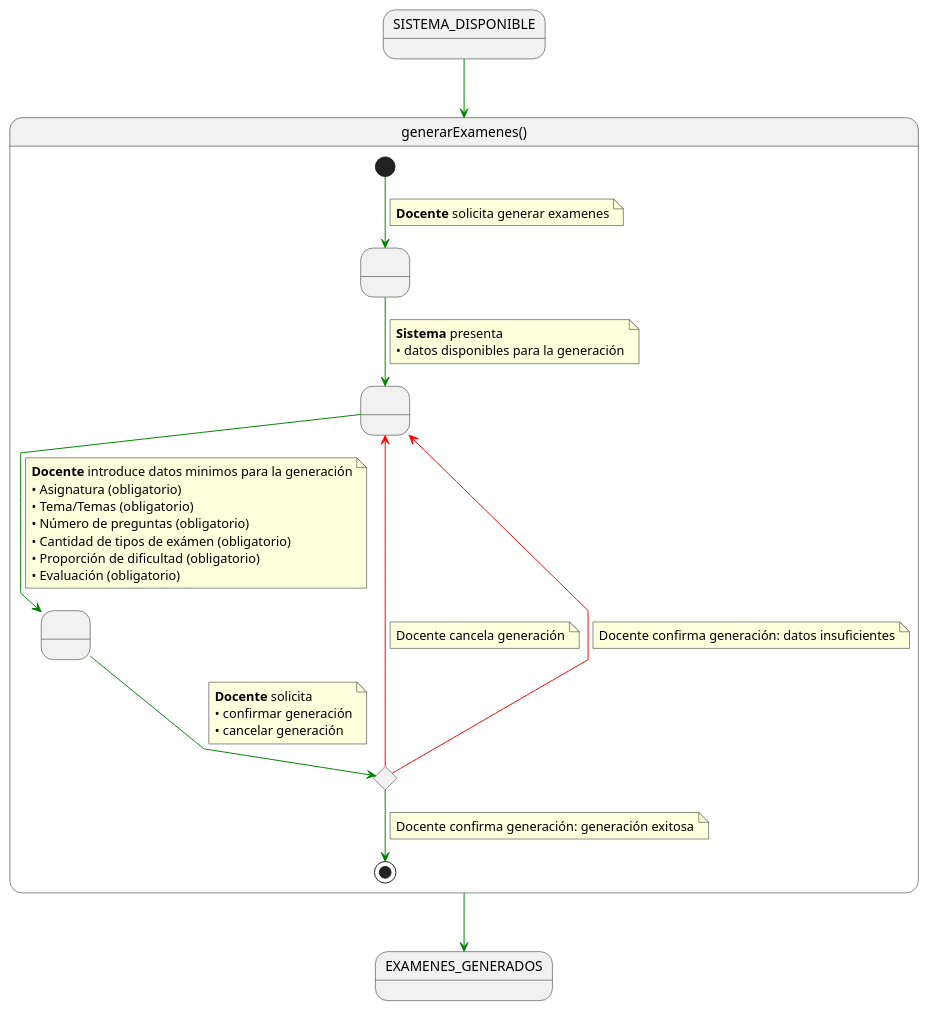
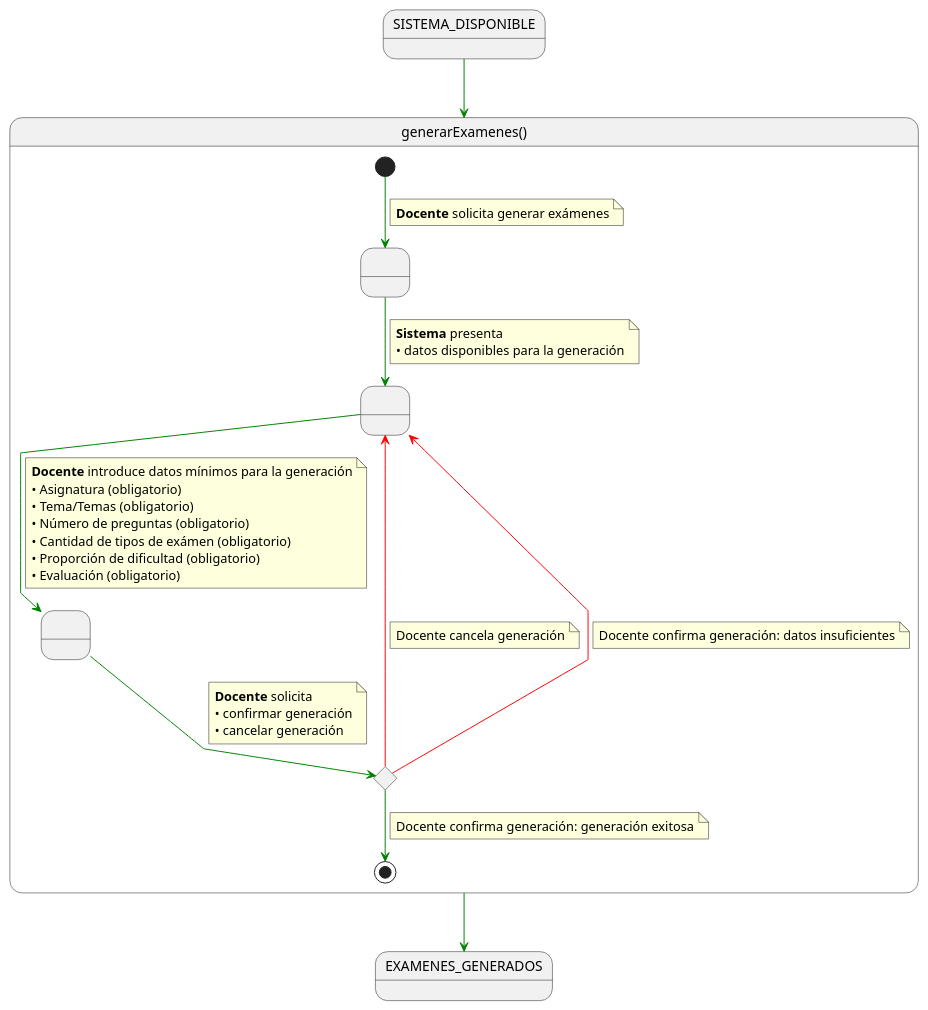
One commit to martinlopez7/25-26-IdSw1-SdR changed the diagram in documents/casos-de-uso/detalladoCasosDeUso/generarExamenes/generarExamenes.puml. Above: the diagram before and after it, drawn with PlantUML. The commit also changed 26 other files, not shown here.

```diff
--- a/documents/casos-de-uso/detalladoCasosDeUso/generarExamenes/generarExamenes.puml
+++ b/documents/casos-de-uso/detalladoCasosDeUso/generarExamenes/generarExamenes.puml
@@ -1,61 +1,61 @@
 @startuml generar
 
 skinparam linetype polyline
 
 state generarExamenes as "generarExamenes()" {
 
     state " " as RequiringGeneration
     state " " as ProvidingData
     state " " as ProvidingConfirmation
     state c <<choice>>
 
     [*] -[#green]-> RequiringGeneration 
     note on link
-    <b>Docente</b> solicita generar examenes
+    <b>Docente</b> solicita generar exámenes
     end note    
     
     RequiringGeneration -[#green]-> ProvidingData
     note on link
     <b>Sistema</b> presenta
     • datos disponibles para la generación
     end note
     
     ProvidingData -[#green]-> ProvidingConfirmation
     note on link
-    <b>Docente</b> introduce datos minimos para la generación
+    <b>Docente</b> introduce datos mínimos para la generación
     • Asignatura (obligatorio)
     • Tema/Temas (obligatorio)
     • Número de preguntas (obligatorio)
     • Cantidad de tipos de exámen (obligatorio)
     • Proporción de dificultad (obligatorio)
     • Evaluación (obligatorio)
     end note
     
     ProvidingConfirmation -[#green]-> c
     note on link
     <b>Docente</b> solicita
     • confirmar generación
     • cancelar generación
     end note
     
     c -[#red]-> ProvidingData
     note on link
     Docente cancela generación
     end note
 
     c -[#red]-> ProvidingData
     note on link
     Docente confirma generación: datos insuficientes
     end note
 
     c -[#green]-> [*]
     note on link
     Docente confirma generación: generación exitosa
     end note
 }
 
 SISTEMA_DISPONIBLE -[#green]-> generarExamenes
 
 generarExamenes -[#green]-> EXAMENES_GENERADOS
 
 @enduml
```
